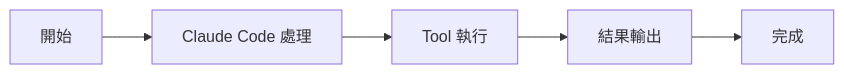
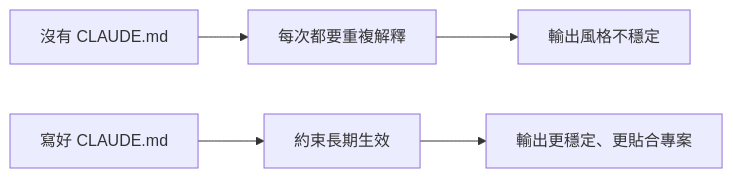
One commit to gemini960114/CC changed the diagram in 03_如何寫好_CLAUDE.md.md. Above: the diagram before and after it, drawn with Mermaid.

````diff
--- a/03_如何寫好_CLAUDE.md.md
+++ b/03_如何寫好_CLAUDE.md.md
@@ -33,7 +33,5 @@
 ```mermaid
 flowchart LR
-    A[開始] --> B[Claude Code 處理]
-    B --> C[Tool 執行]
-    C --> D[結果輸出]
-    D --> E[完成]
+    A[沒有 CLAUDE.md] --> B[每次都要重複解釋] --> C[輸出風格不穩定]
+    D[寫好 CLAUDE.md] --> E[約束長期生效]    --> F[輸出更穩定、更貼合專案]
 ```
````
